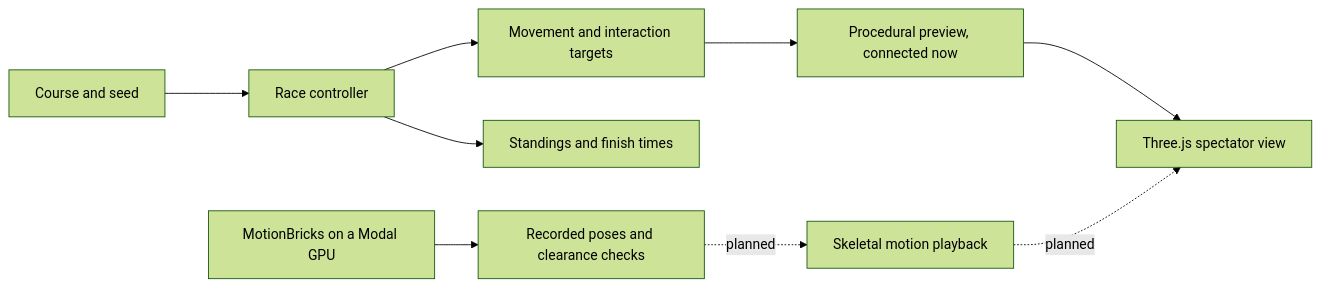
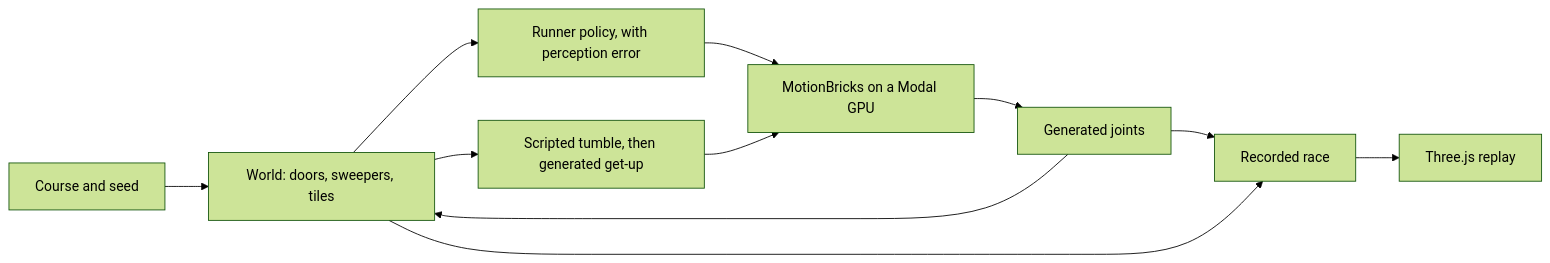
One commit to EnesYilmazcode/MotionGuys changed the diagram in README.md. Above: the diagram before and after it, drawn with Mermaid (forest theme). The commit also changed other lines of this file and 1 other file, not shown here.

Commit message:
Show the race and its failure counts in the README

````diff
--- a/README.md
+++ b/README.md
@@ -23,11 +22,13 @@
 ```mermaid
 flowchart LR
-  C["Course and seed"] --> R["Race controller"]
-  R --> T["Movement and interaction targets"]
-  T --> P["Procedural preview, connected now"]
-  M["MotionBricks on a Modal GPU"] --> F["Recorded poses and clearance checks"]
-  F -. planned .-> S["Skeletal motion playback"]
-  P --> V["Three.js spectator view"]
-  S -. planned .-> V
-  R --> H["Standings and finish times"]
+  C["Course and seed"] --> W["World: doors, sweepers, tiles"]
+  W --> P["Runner policy, with perception error"]
+  P --> M["MotionBricks on a Modal GPU"]
+  M --> J["Generated joints"]
+  J --> W
+  W --> K["Scripted tumble, then generated get-up"]
+  K --> M
+  J --> R["Recorded race"]
+  W --> R
+  R --> V["Three.js replay"]
 ```
````
